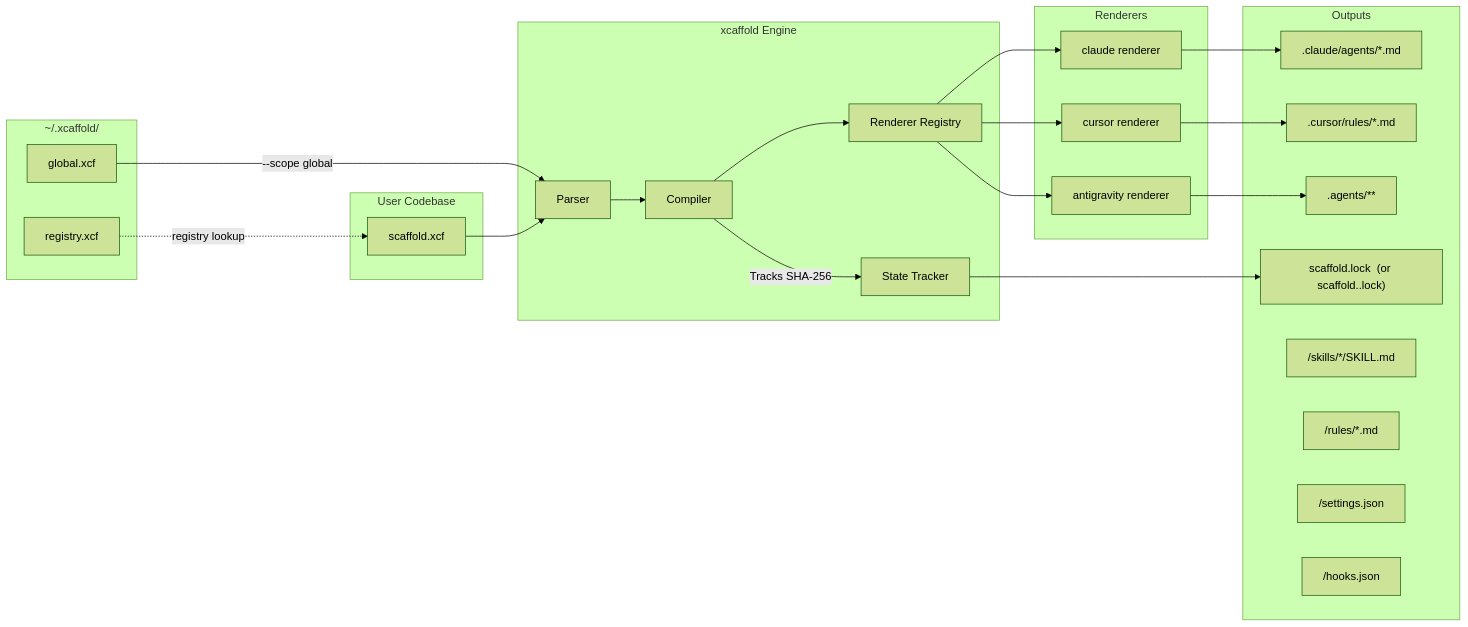
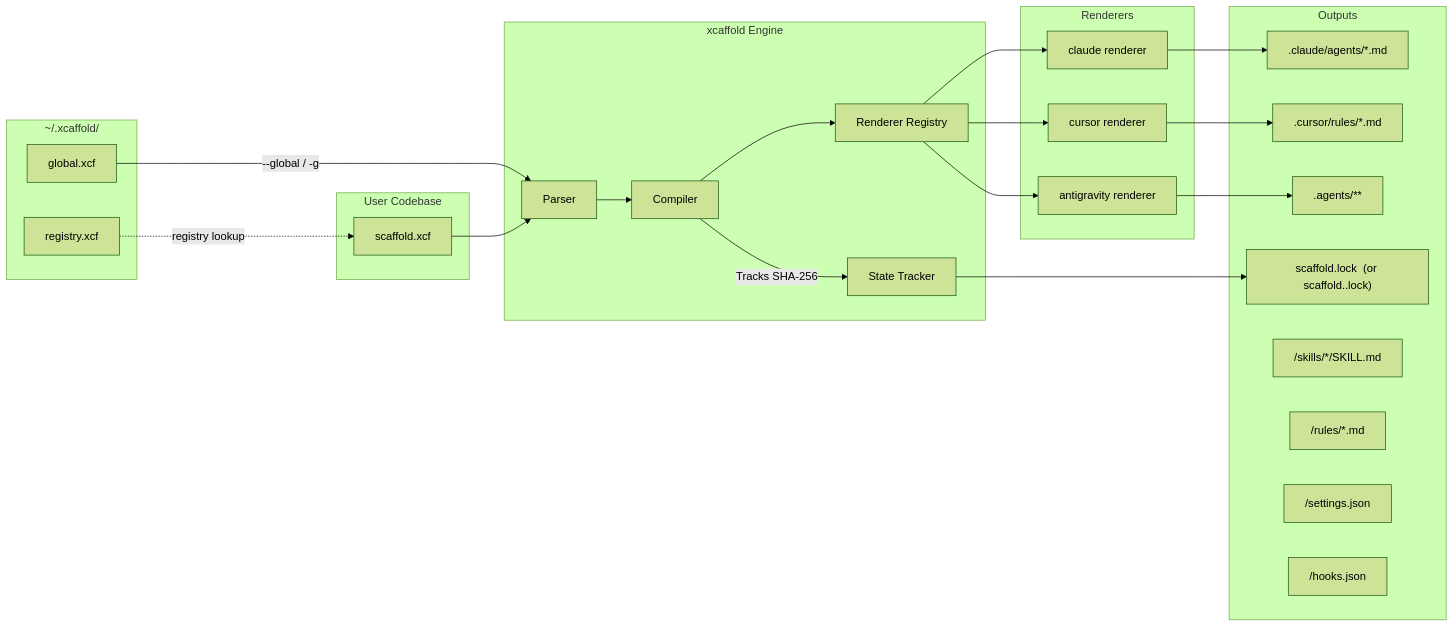
Before and after one commit to saero-ai/xcaffold: the diagram in docs/concepts/architecture.md, drawn with Mermaid (forest theme). The commit also changed other lines of this file and 1 other file, not shown here.

Commit message:
docs(architecture): update scope references to --global flag

````diff
--- a/docs/concepts/architecture.md
+++ b/docs/concepts/architecture.md
@@ -14,46 +14,46 @@
 ```mermaid
 graph LR
   subgraph Global Home ["~/.xcaffold/"]
     R[registry.xcf]
     GC[global.xcf]
   end
 
   subgraph User Codebase
     A[scaffold.xcf]
   end
 
   subgraph xcaffold Engine
     B[Parser]
     C[Compiler]
     D[State Tracker]
     RG[Renderer Registry]
   end
 
   subgraph Renderers
     RC[claude renderer]
     RCU[cursor renderer]
     RA[antigravity renderer]
   end
 
   subgraph Outputs
     E1[".claude/agents/*.md"]
     E2[".cursor/rules/*.md"]
     E3[".agents/**"]
     F["scaffold.lock  (or scaffold.<target>.lock)"]
     G["<target>/skills/*/SKILL.md"]
     H["<target>/rules/*.md"]
     I["<target>/settings.json"]
     J["<target>/hooks.json"]
   end
 
   R -..->|registry lookup| A
-  GC -->|"--scope global"| B
+  GC -->|"--global / -g"| B
   A --> B
   B --> C
   C --> RG
   RG --> RC --> E1
   RG --> RCU --> E2
   RG --> RA --> E3
   C -->|Tracks SHA-256| D
   D --> F
 ```
````
